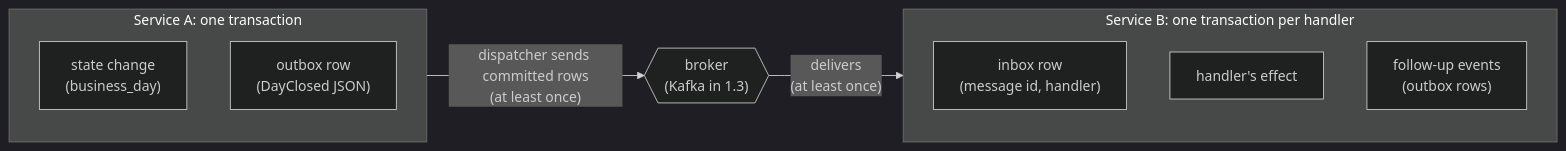
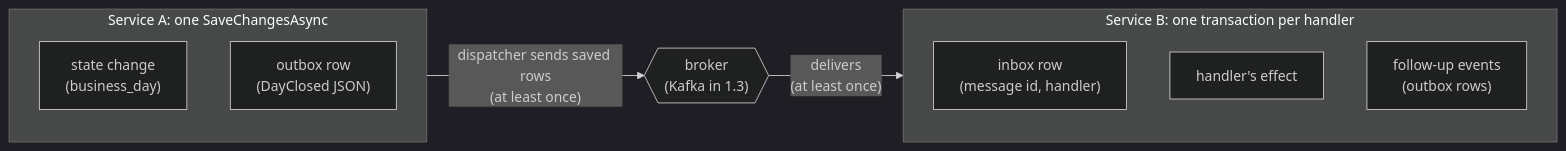
Before and after one commit to majid-sharif-soleimani/banking_demo: the first of 6 diagrams in docs/learning/stage-1/slice-1.2.md, drawn with Mermaid (dark theme). The commit also changed other lines of this file and 62 other files, not shown here.

````diff
--- a/docs/learning/stage-1/slice-1.2.md
+++ b/docs/learning/stage-1/slice-1.2.md
@@ -40,16 +40,16 @@
 ```mermaid
 flowchart LR
-    subgraph A["Service A: one transaction"]
+    subgraph A["Service A: one SaveChangesAsync"]
         direction TB
         S["state change<br/>(business_day)"]
         O["outbox row<br/>(DayClosed JSON)"]
     end
-    A -->|"dispatcher sends committed rows<br/>(at least once)"| K{{"broker<br/>(Kafka in 1.3)"}}
+    A -->|"dispatcher sends saved rows<br/>(at least once)"| K{{"broker<br/>(Kafka in 1.3)"}}
     K -->|"delivers<br/>(at least once)"| B
     subgraph B["Service B: one transaction per handler"]
         direction TB
         I["inbox row<br/>(message id, handler)"]
         E["handler's effect"]
         N["follow-up events<br/>(outbox rows)"]
     end
 ```
````
